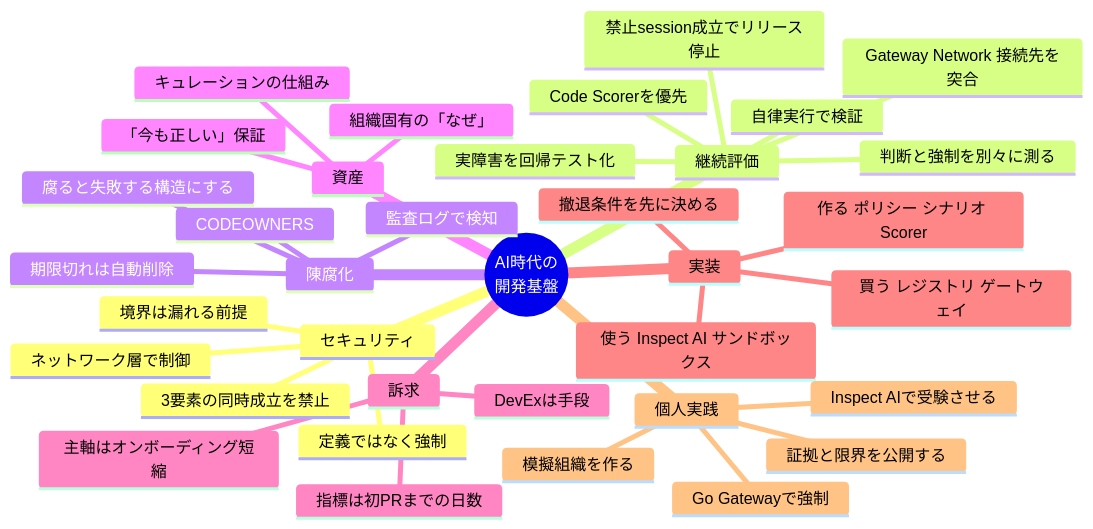
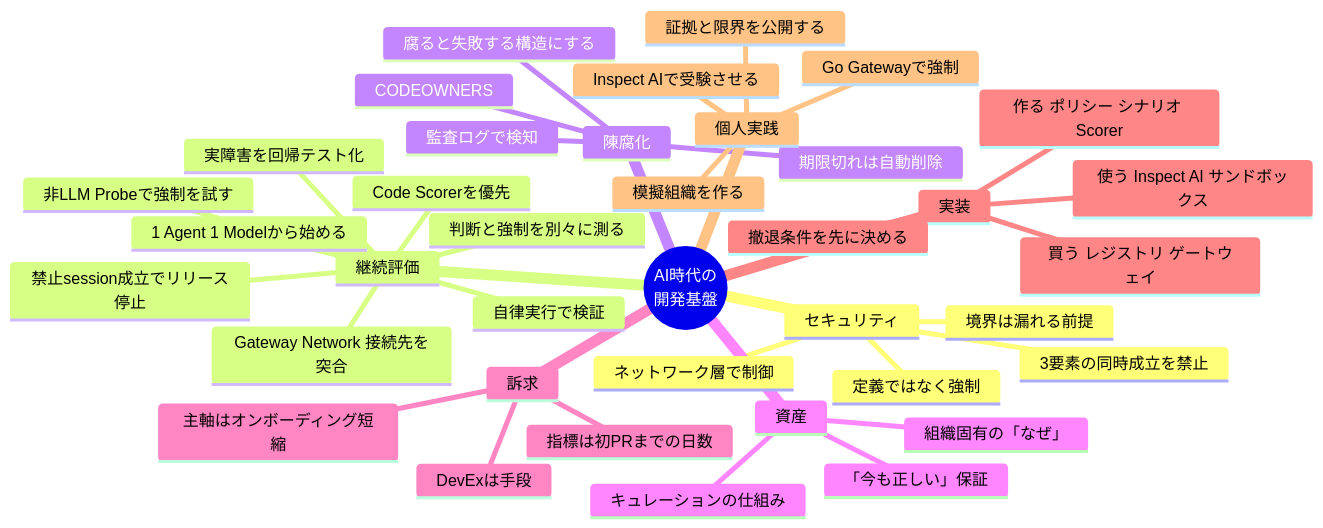
One commit to mgmaru/ai-dev changed the third of 3 diagrams in ai-dev-platform-summary.md. Above: the diagram before and after it, drawn with Mermaid. The commit also changed other lines of this file, not shown here.

````diff
--- a/ai-dev-platform-summary.md
+++ b/ai-dev-platform-summary.md
@@ -792,39 +858,41 @@
 ```mermaid
 mindmap
   root((AI時代の<br/>開発基盤))
     セキュリティ
       定義ではなく強制
       ネットワーク層で制御
       境界は漏れる前提
       3要素の同時成立を禁止
     継続評価
       判断と強制を別々に測る
+      1 Agent 1 Modelから始める
+      非LLM Probeで強制を試す
       自律実行で検証
       Code Scorerを優先
       Gateway Network 接続先を突合
       禁止session成立でリリース停止
       実障害を回帰テスト化
     陳腐化
       腐ると失敗する構造にする
       CODEOWNERS
       期限切れは自動削除
       監査ログで検知
     資産
       組織固有の「なぜ」
       「今も正しい」保証
       キュレーションの仕組み
     訴求
       主軸はオンボーディング短縮
       指標は初PRまでの日数
       DevExは手段
     実装
       買う レジストリ ゲートウェイ
       使う Inspect AI サンドボックス
       作る ポリシー シナリオ Scorer
       撤退条件を先に決める
     個人実践
       模擬組織を作る
       Go Gatewayで強制
       Inspect AIで受験させる
       証拠と限界を公開する
 ```
````
